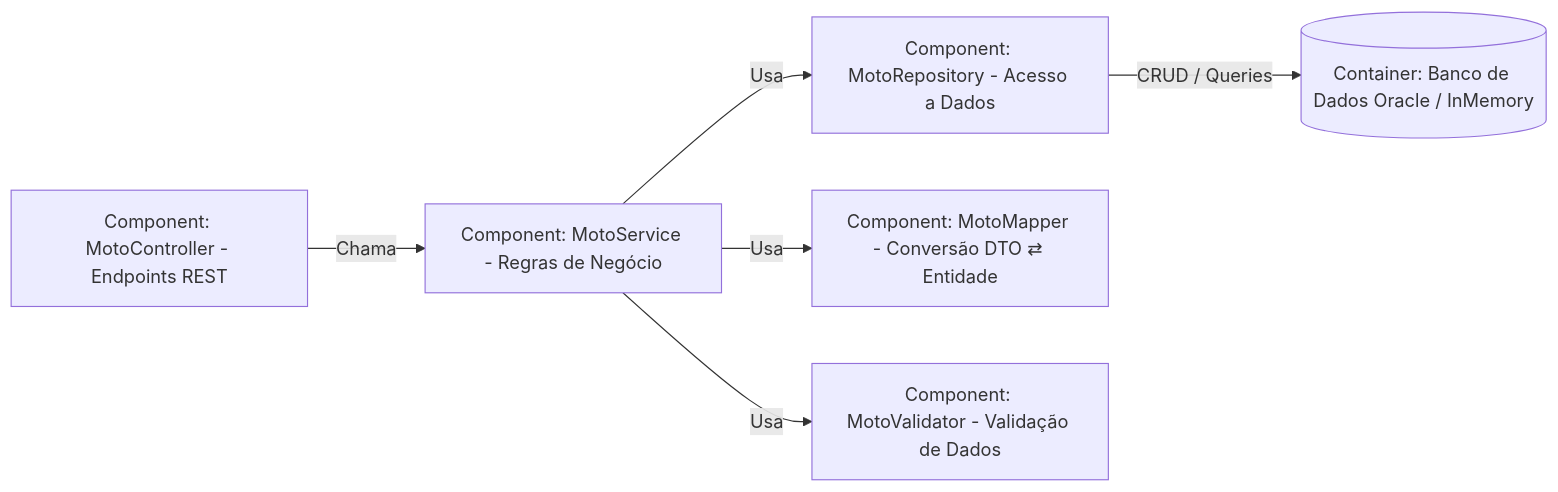
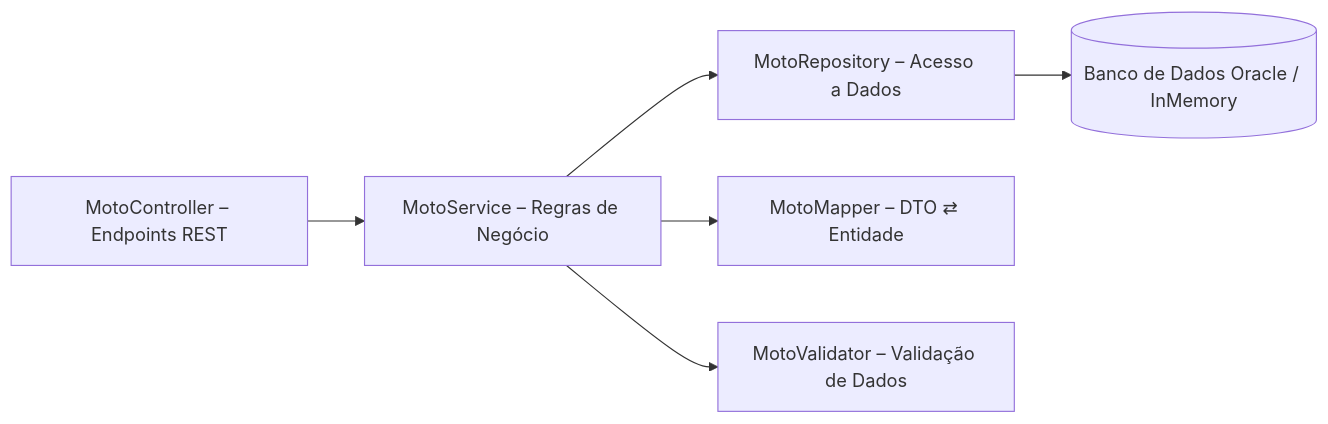
Before and after one commit to leomotalima/MottuFlow-Sprint4: the third of 3 diagrams in README.md, drawn with Mermaid. The commit also changed other lines of this file, not shown here.

````diff
--- a/README.md
+++ b/README.md
@@ -100,15 +88,15 @@
 ```mermaid
 graph LR
-    ctrl["Component: MotoController - Endpoints REST"]
-    svc["Component: MotoService - Regras de Negócio"]
-    repo["Component: MotoRepository - Acesso a Dados"]
-    mapper["Component: MotoMapper - Conversão DTO ⇄ Entidade"]
-    validator["Component: MotoValidator - Validação de Dados"]
-    db[(Container: Banco de Dados Oracle / InMemory)]
+    ctrl["MotoController – Endpoints REST"]
+    svc["MotoService – Regras de Negócio"]
+    repo["MotoRepository – Acesso a Dados"]
+    mapper["MotoMapper – DTO ⇄ Entidade"]
+    validator["MotoValidator – Validação de Dados"]
+    db[(Banco de Dados Oracle / InMemory)]
 
-    ctrl -->|Chama| svc
-    svc -->|Usa| repo
-    svc -->|Usa| mapper
-    svc -->|Usa| validator
-    repo -->|CRUD / Queries| db
+    ctrl --> svc
+    svc --> repo
+    svc --> mapper
+    svc --> validator
+    repo --> db
 ```
````
